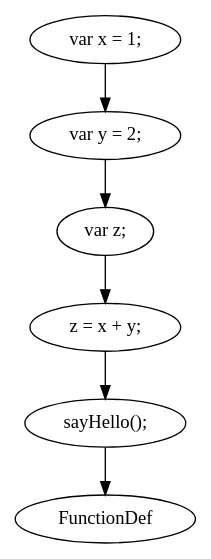
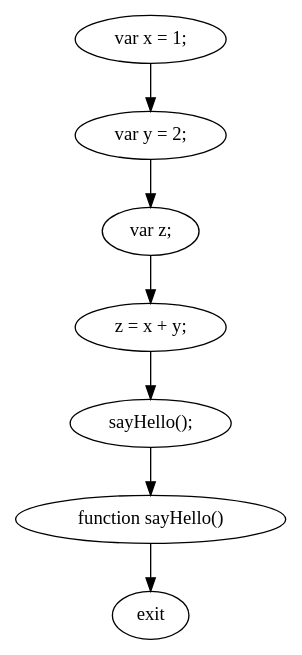
The diagram in JsRetest/jsTests/dotFiles/simple.js.0.dot (Shoreray/JsRetest), drawn with Graphviz before and after one commit. The commit also changed 408 other files, not shown here.

```diff
--- a/JsRetest/jsTests/dotFiles/simple.js.0.dot
+++ b/JsRetest/jsTests/dotFiles/simple.js.0.dot
@@ -1,13 +1,15 @@
 digraph {
-"0" [label="var y = 2;\n"] 
-"1" [label="sayHello();\n"] 
-"2" [label="z = x + y;\n"] 
-"3" [label="FunctionDef"] 
-"4" [label="var z;\n"] 
-"5" [label="var x = 1;\n"] 
-"0" -> "4" [label=""] 
-"1" -> "3" [label=""] 
-"2" -> "1" [label=""] 
-"4" -> "2" [label=""] 
-"5" -> "0" [label=""] 
+"0" [label="function sayHello() \n"] 
+"1" [label="exit"] 
+"2" [label="sayHello();\n"] 
+"3" [label="z = x + y;\n"] 
+"4" [label="var x = 1;\n"] 
+"5" [label="var z;\n"] 
+"6" [label="var y = 2;\n"] 
+"0" -> "1" [label=""] 
+"2" -> "0" [label=""] 
+"3" -> "2" [label=""] 
+"4" -> "6" [label=""] 
+"5" -> "3" [label=""] 
+"6" -> "5" [label=""] 
 }
```
